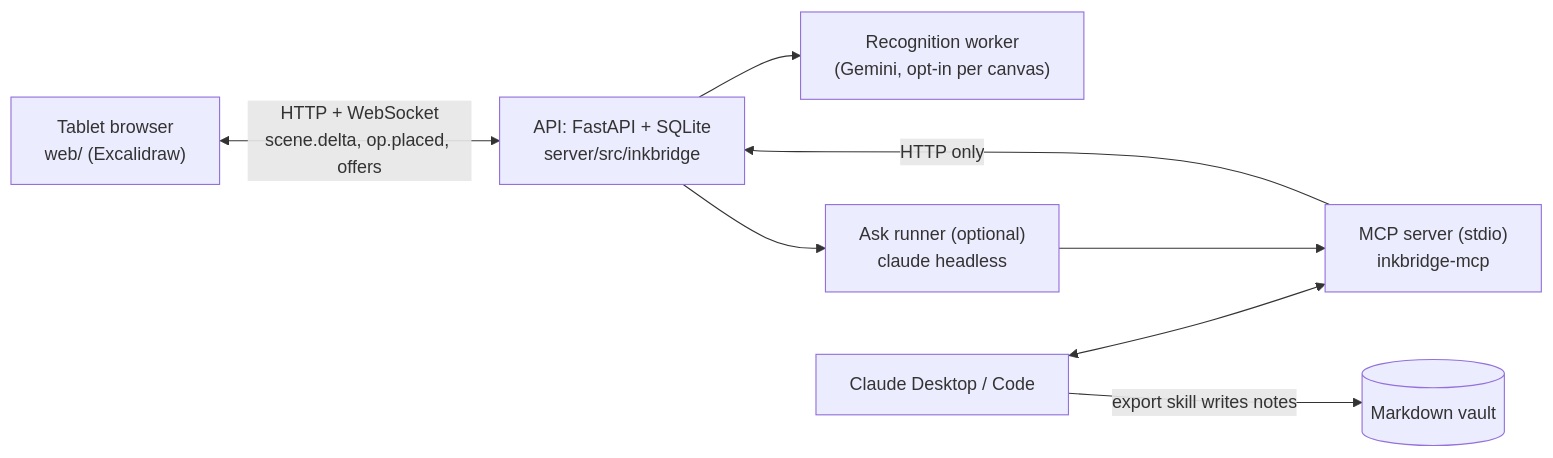
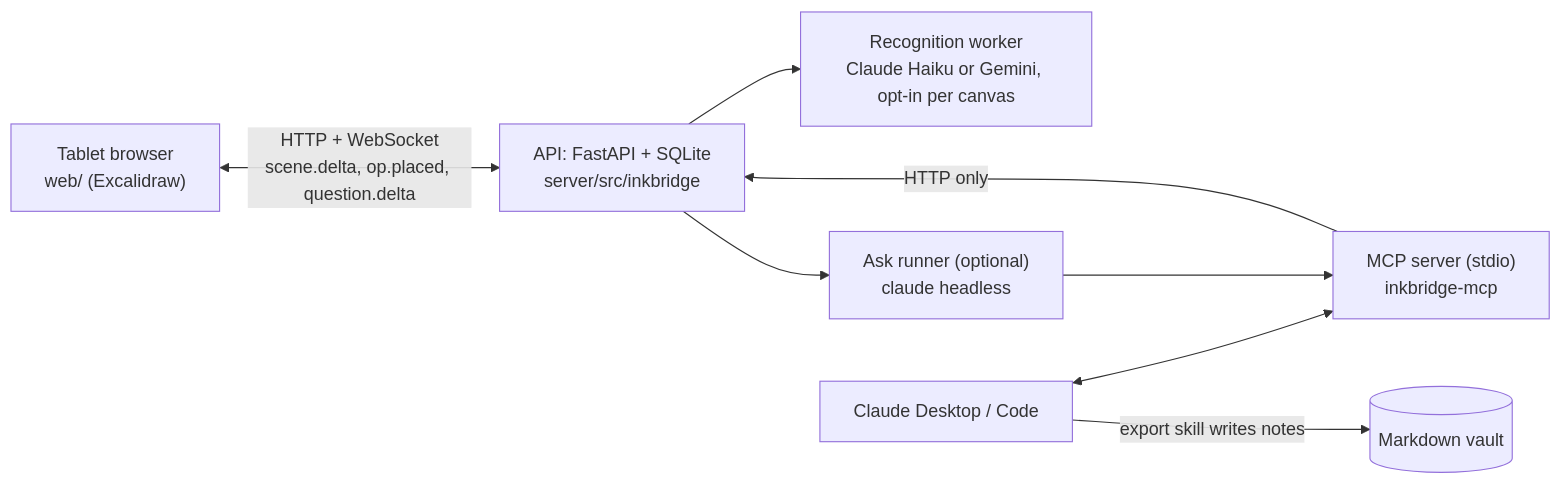
One commit to Srikar-V675/inkbridge changed the diagram in README.md. Above: the diagram before and after it, drawn with Mermaid. The commit also changed other lines of this file and 44 other files, not shown here.

````diff
--- a/README.md
+++ b/README.md
@@ -21,10 +83,10 @@
 ```mermaid
 flowchart LR
-  Tablet["Tablet browser<br/>web/ (Excalidraw)"] <-->|"HTTP + WebSocket<br/>scene.delta, op.placed, offers"| API["API: FastAPI + SQLite<br/>server/src/inkbridge"]
-  API --> Rec["Recognition worker<br/>(Gemini, opt-in per canvas)"]
+  Tablet["Tablet browser<br/>web/ (Excalidraw)"] <-->|"HTTP + WebSocket<br/>scene.delta, op.placed, question.delta"| API["API: FastAPI + SQLite<br/>server/src/inkbridge"]
+  API --> Rec["Recognition worker<br/>Claude Haiku or Gemini, opt-in per canvas"]
   API --> Run["Ask runner (optional)<br/>claude headless"]
   MCP["MCP server (stdio)<br/>inkbridge-mcp"] -->|HTTP only| API
   Agent["Claude Desktop / Code"] <--> MCP
   Agent -->|"export skill writes notes"| Vault[("Markdown vault")]
   Run --> MCP
 ```
````
